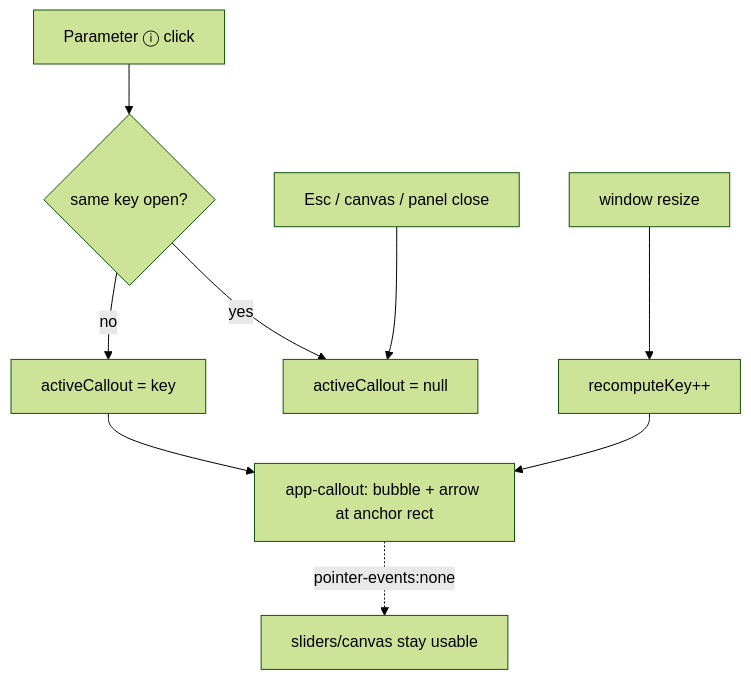
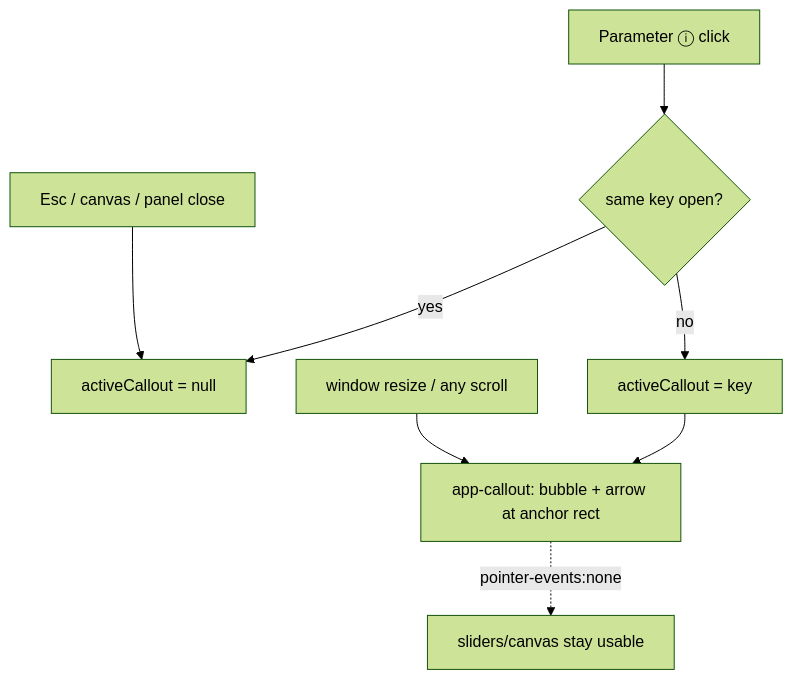
The diagram in specs/006-attack_of_the_callouts/plan.md (C3Idea/shell-generator), drawn with Mermaid (forest theme) before and after one commit. The commit also changed other lines of this file and 2 other files, not shown here.

````diff
--- a/specs/006-attack_of_the_callouts/plan.md
+++ b/specs/006-attack_of_the_callouts/plan.md
@@ -39,10 +42,10 @@
 ```mermaid
 flowchart TD
   I[Parameter ⓘ click] --> T{same key open?}
   T -- yes --> N[activeCallout = null]
   T -- no --> K[activeCallout = key]
   K --> C[app-callout: bubble + arrow at anchor rect]
   C -. pointer-events:none .-> U[sliders/canvas stay usable]
   E[Esc / canvas / panel close] --> N
-  R[window resize] --> RK[recomputeKey++] --> C
+  R[window resize / any scroll] --> C
 ```
````
